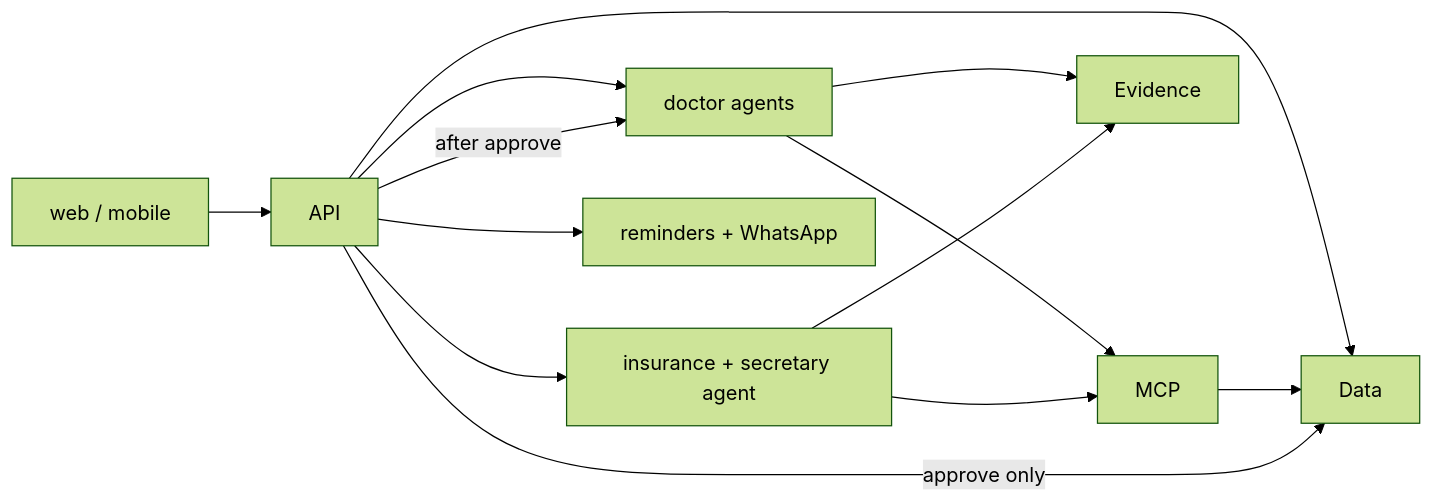
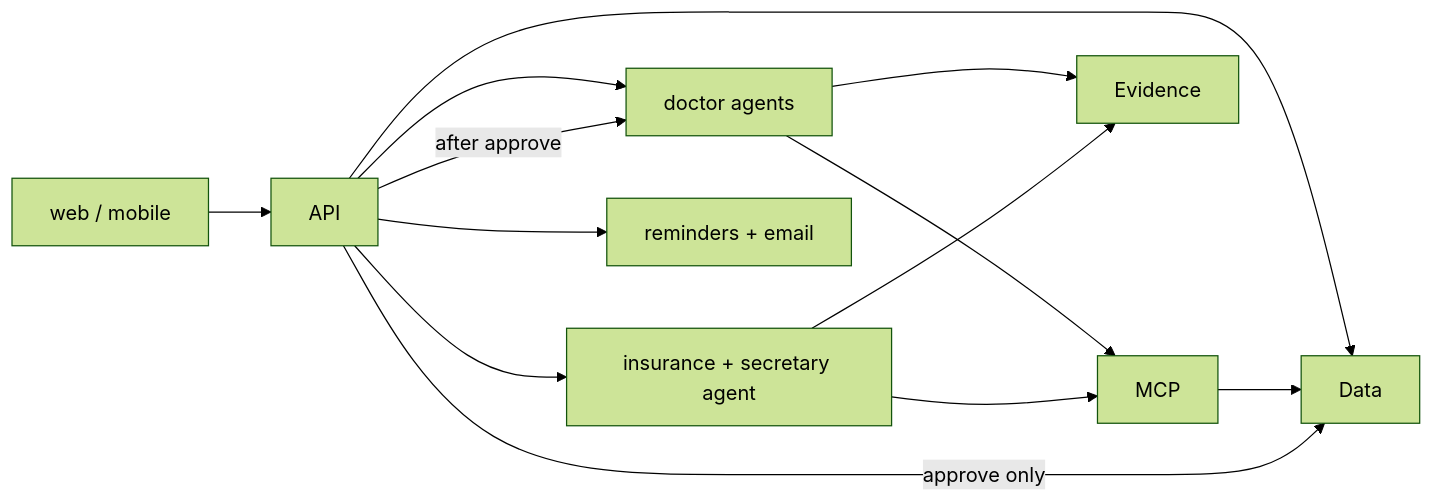
The diagram in builder-contracts.md (BorowskiKacper/meridian-health), drawn with Mermaid (forest theme) before and after one commit. The commit also changed other lines of this file and 31 other files, not shown here.

First line of the commit message:
Send clinic reminders by email through Resend.

````diff
--- a/builder-contracts.md
+++ b/builder-contracts.md
@@ -51,15 +51,15 @@
 ```mermaid
 flowchart LR
   Web["web / mobile"] --> API
   API --> Doctor["doctor agents"]
   API --> Ins["insurance + secretary agent"]
-  API --> Rem["reminders + WhatsApp"]
+  API --> Rem["reminders + email"]
   API --> Data
   Doctor --> MCP
   Ins --> MCP
   MCP --> Data
   Doctor --> Evidence
   Ins --> Evidence
   API -->|"approve only"| Data
   API -->|"after approve"| Doctor
 ```
````
